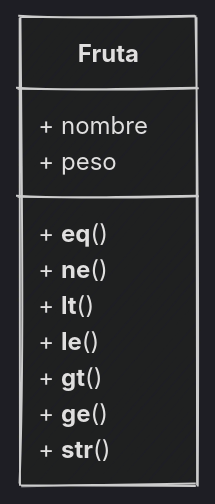
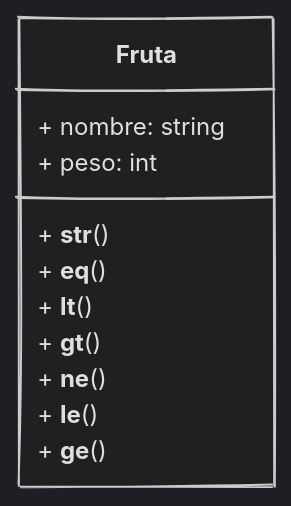
Before and after one commit to python-la-paz/python-study-group-oop: the ninth of 10 diagrams in content/sesion08/Readme.md, drawn with Mermaid. The commit also changed other lines of this file, not shown here.

````diff
--- a/content/sesion08/Readme.md
+++ b/content/sesion08/Readme.md
@@ -1871,15 +1483,15 @@
 ```mermaid
 %%{init: {"theme": "dark", "look": "handDrawn"  }}%%
 classDiagram
     class Fruta {
-        + nombre
-        + peso
+        + nombre: string
+        + peso: int
+        + __str__()
         + __eq__()
+        + __lt__()
+        + __gt__()
         + __ne__()
-        + __lt__()
         + __le__()
-        + __gt__()
         + __ge__()
-        + __str__()
     }
-``` 
+```
````
